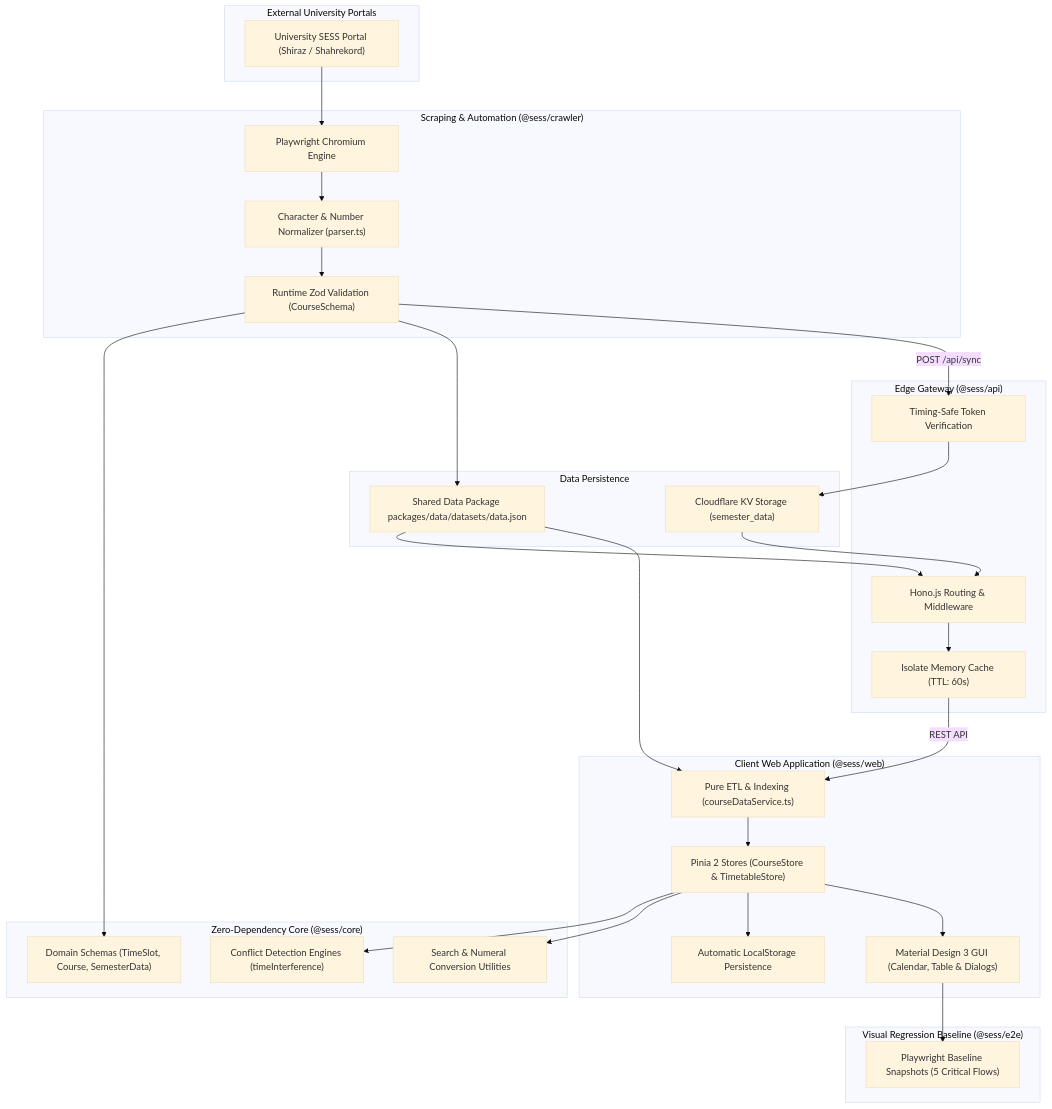
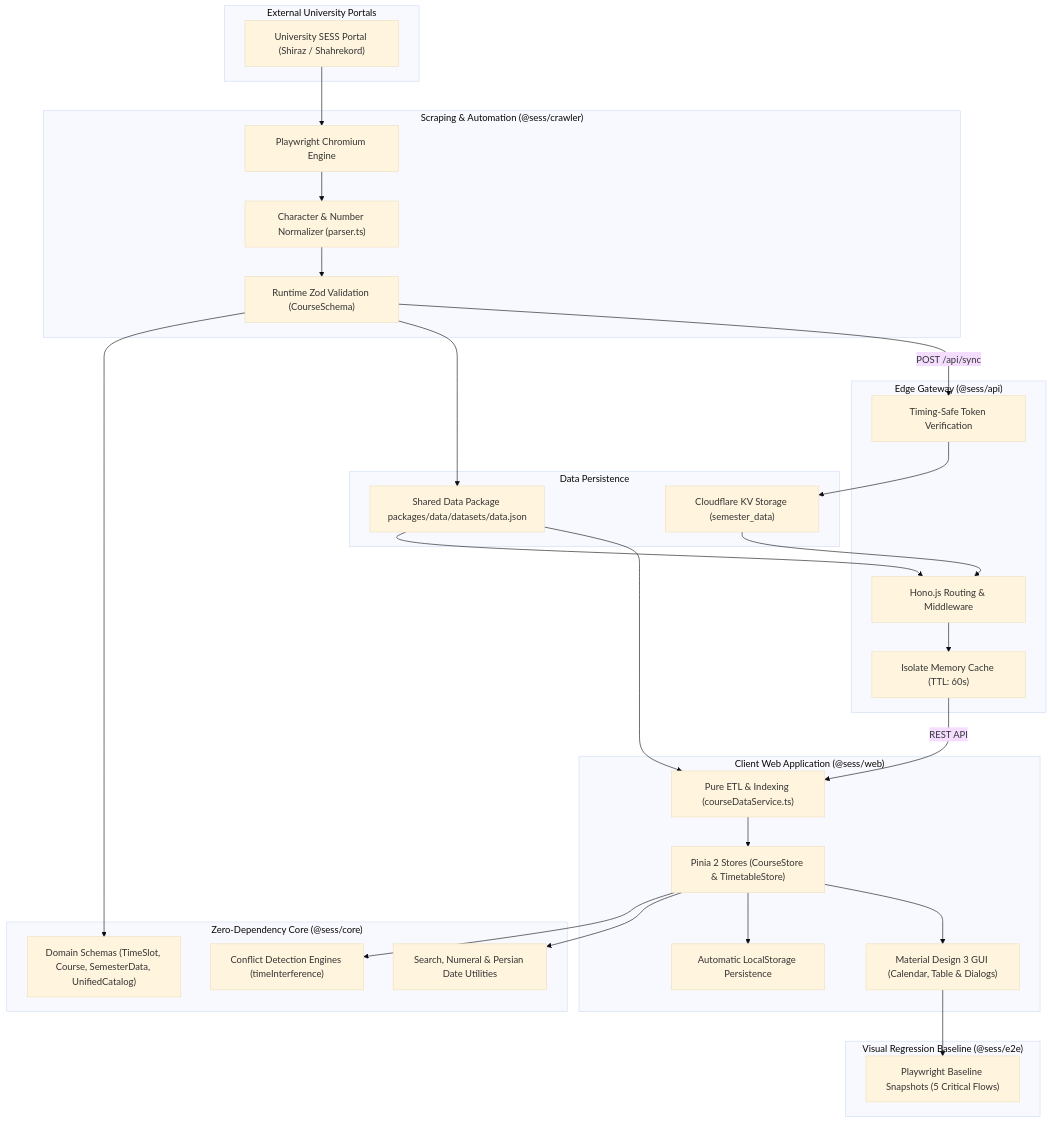
The diagram in apps/docs/en/architecture/core-first.md (rashcode-com/Sess-Timetabling-App), drawn with Mermaid (base theme) before and after one commit. The commit also changed 11 other files, not shown here.

````diff
--- a/apps/docs/en/architecture/core-first.md
+++ b/apps/docs/en/architecture/core-first.md
@@ -44,59 +44,59 @@
 ```mermaid
 flowchart TD
     subgraph SESS_Source ["External University Portals"]
         SESS["University SESS Portal (Shiraz / Shahrekord)"]
     end
 
     subgraph CrawlerLayer ["Scraping & Automation (@sess/crawler)"]
         PW["Playwright Chromium Engine"]
         NORM["Character & Number Normalizer (parser.ts)"]
         VALIDATE["Runtime Zod Validation (CourseSchema)"]
     end
 
     subgraph CoreLayer ["Zero-Dependency Core (@sess/core)"]
-        SCHEMAS["Domain Schemas (TimeSlot, Course, SemesterData)"]
+        SCHEMAS["Domain Schemas (TimeSlot, Course, SemesterData, UnifiedCatalog)"]
         ENGINES["Conflict Detection Engines (timeInterference)"]
-        HELPERS["Search & Numeral Conversion Utilities"]
+        HELPERS["Search, Numeral & Persian Date Utilities"]
     end
 
     subgraph StorageLayer ["Data Persistence"]
         KV["Cloudflare KV Storage (semester_data)"]
         JSON["Shared Data Package packages/data/datasets/data.json"]
     end
 
     subgraph APIGateway ["Edge Gateway (@sess/api)"]
         HONO["Hono.js Routing & Middleware"]
         SECURE["Timing-Safe Token Verification"]
         CACHE["Isolate Memory Cache (TTL: 60s)"]
     end
 
     subgraph WebClient ["Client Web Application (@sess/web)"]
         ETL["Pure ETL & Indexing (courseDataService.ts)"]
         STORES["Pinia 2 Stores (CourseStore & TimetableStore)"]
         PERSIST["Automatic LocalStorage Persistence"]
         GUI["Material Design 3 GUI (Calendar, Table & Dialogs)"]
     end
 
     subgraph E2ELayer ["Visual Regression Baseline (@sess/e2e)"]
         SNAPSHOTS["Playwright Baseline Snapshots (5 Critical Flows)"]
     end
 
     SESS --> PW
     PW --> NORM
     NORM --> VALIDATE
     VALIDATE --> SCHEMAS
     VALIDATE --> JSON
     VALIDATE -- POST /api/sync --> SECURE
     SECURE --> KV
     JSON --> HONO
     KV --> HONO
     HONO --> CACHE
     JSON --> ETL
     CACHE -- REST API --> ETL
     ETL --> STORES
     STORES --> ENGINES
     STORES --> HELPERS
     STORES --> PERSIST
     STORES --> GUI
     GUI --> SNAPSHOTS
 ```
````
